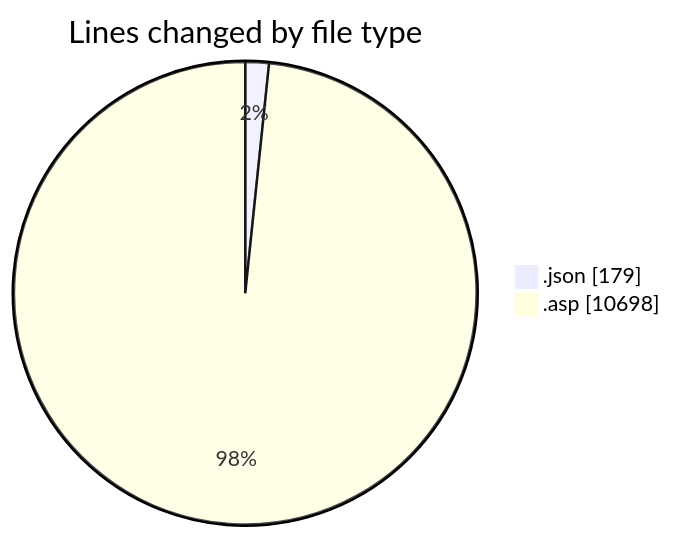
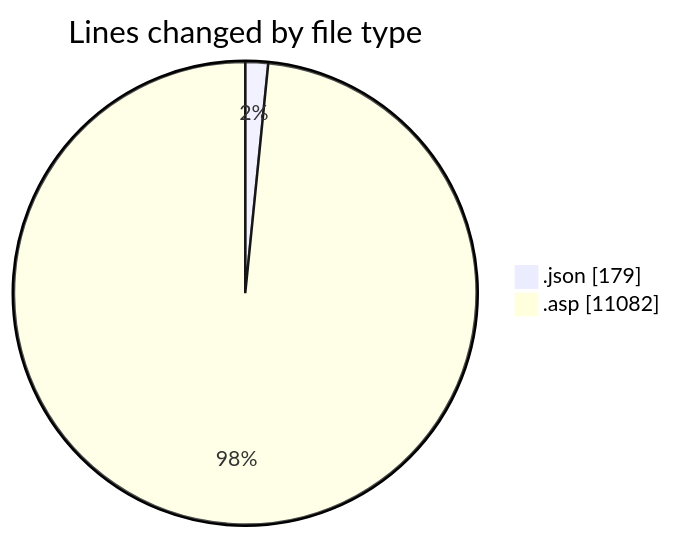
One commit to julien-gomy/code-tracking changed the first of 2 diagrams in 2025-11-17/cdp_aleoudev_fr__workspace_/README.md. Above: the diagram before and after it, drawn with Mermaid. The commit also changed other lines of this file and 1 other file, not shown here.

````diff
--- a/2025-11-17/cdp_aleoudev_fr__workspace_/README.md
+++ b/2025-11-17/cdp_aleoudev_fr__workspace_/README.md
@@ -32,6 +33,6 @@
 ```mermaid
 pie showData
 title Lines changed by file type
 ".json" : 179
-".asp" : 10698
+".asp" : 11082
 ```
````
